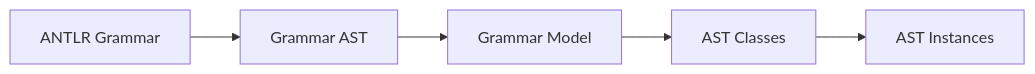
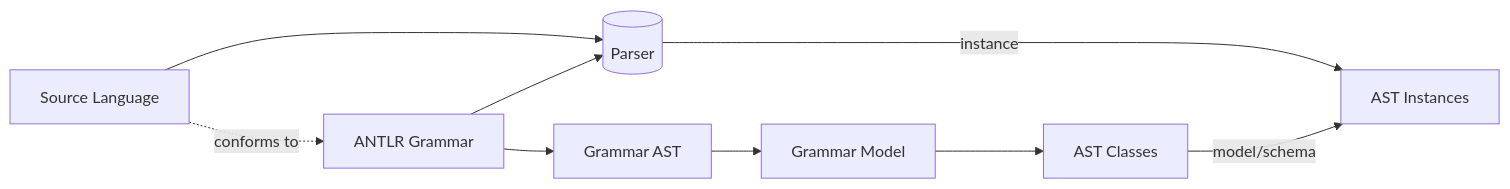
One commit to jurgenei/jurgenei changed the fourth of 10 diagrams in papers/ANTLR_G4_to_AST_Classes_Spec.md. Above: the diagram before and after it, drawn with Mermaid. The commit also changed 1 other file, not shown here.

Commit message:
fix typos and links

````diff
--- a/papers/ANTLR_G4_to_AST_Classes_Spec.md
+++ b/papers/ANTLR_G4_to_AST_Classes_Spec.md
@@ -108,14 +108,20 @@
 ```mermaid
 flowchart LR
 
+    L[Source Language]
     G[ANTLR Grammar]
+    P[(Parser)]
     GA[Grammar AST]
     GM[Grammar Model]
     AC[AST Classes]
     AI[AST Instances]
 
+    L -. conforms to .-> G
+    L --> P
     G --> GA
+    G --> P
+    P -- instance  --> AI 
     GA --> GM
     GM --> AC
-    AC --> AI
+    AC -- model/schema --> AI 
 ```
````
